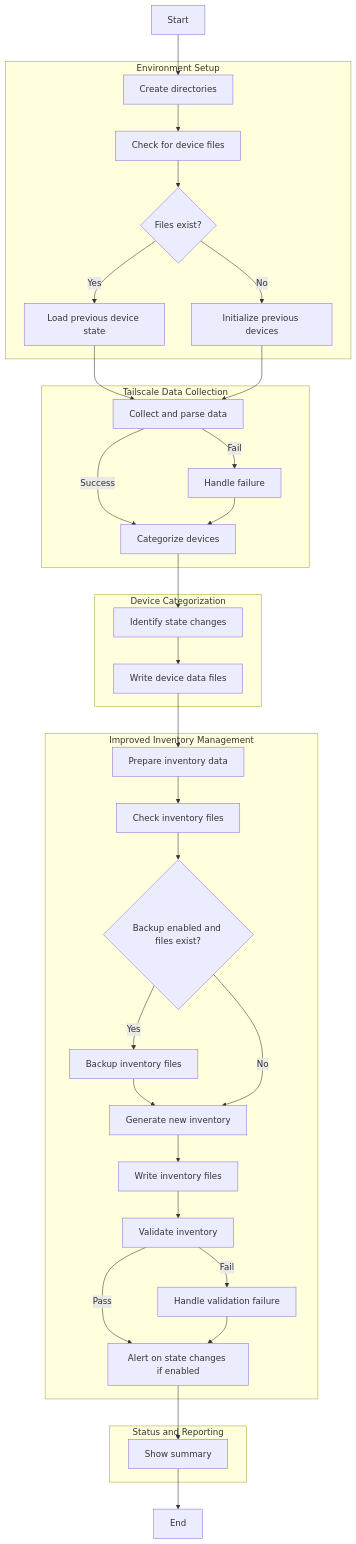
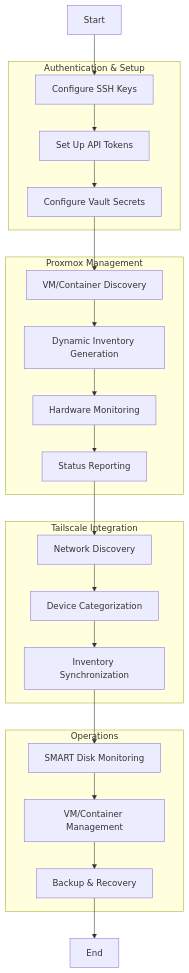
One commit to Bit-Loop/PhalanxEdge changed the diagram in README.md. Above: the diagram before and after it, drawn with Mermaid. The commit also changed other lines of this file, not shown here.

````diff
--- a/README.md
+++ b/README.md
@@ -18,36 +18,25 @@
 ```mermaid
 graph TD
     A[Start] --> B1
-    subgraph "Environment Setup"
-    B1[Create directories] --> B2[Check for device files]
-    B2 --> B3{Files exist?}
-    B3 -->|Yes| B4[Load previous device state]
-    B3 -->|No| B5[Initialize previous devices]
+    subgraph "Authentication & Setup"
+    B1[Configure SSH Keys] --> B2[Set Up API Tokens]
+    B2 --> B3[Configure Vault Secrets]
     end
-    B4 --> C1
-    B5 --> C1
-    subgraph "Tailscale Data Collection"
-    C1[Collect and parse data] -->|Success| D1
-    C1 -->|Fail| C2[Handle failure]
-    C2 --> D1
+    B3 --> C1
+    subgraph "Proxmox Management"
+    C1[VM/Container Discovery] --> C2[Dynamic Inventory Generation]
+    C2 --> C3[Hardware Monitoring]
+    C3 --> C4[Status Reporting]
     end
-    subgraph "Device Categorization"
-    D1[Categorize devices] --> D2[Identify state changes] --> D3[Write device data files]
+    C4 --> D1
+    subgraph "Tailscale Integration"
+    D1[Network Discovery] --> D2[Device Categorization]
+    D2 --> D3[Inventory Synchronization]
     end
     D3 --> E1
-    subgraph "Improved Inventory Management"
-    E1[Prepare inventory data] --> E2[Check inventory files]
-    E2 --> E3{Backup enabled and files exist?}
-    E3 -->|Yes| E4[Backup inventory files]
-    E4 --> E5[Generate new inventory]
-    E3 -->|No| E5
-    E5 --> E6[Write inventory files] --> E7[Validate inventory]
-    E7 -->|Pass| F1
-    E7 -->|Fail| E8[Handle validation failure]
-    E8 --> F1
+    subgraph "Operations"
+    E1[SMART Disk Monitoring] --> E2[VM/Container Management]
+    E2 --> E3[Backup & Recovery]
     end
-    subgraph "Status and Reporting"
-    F1[Alert on state changes if enabled] --> F2[Show summary]
-    end
-    F2 --> G[End]
+    E3 --> F[End]
 ```
````
